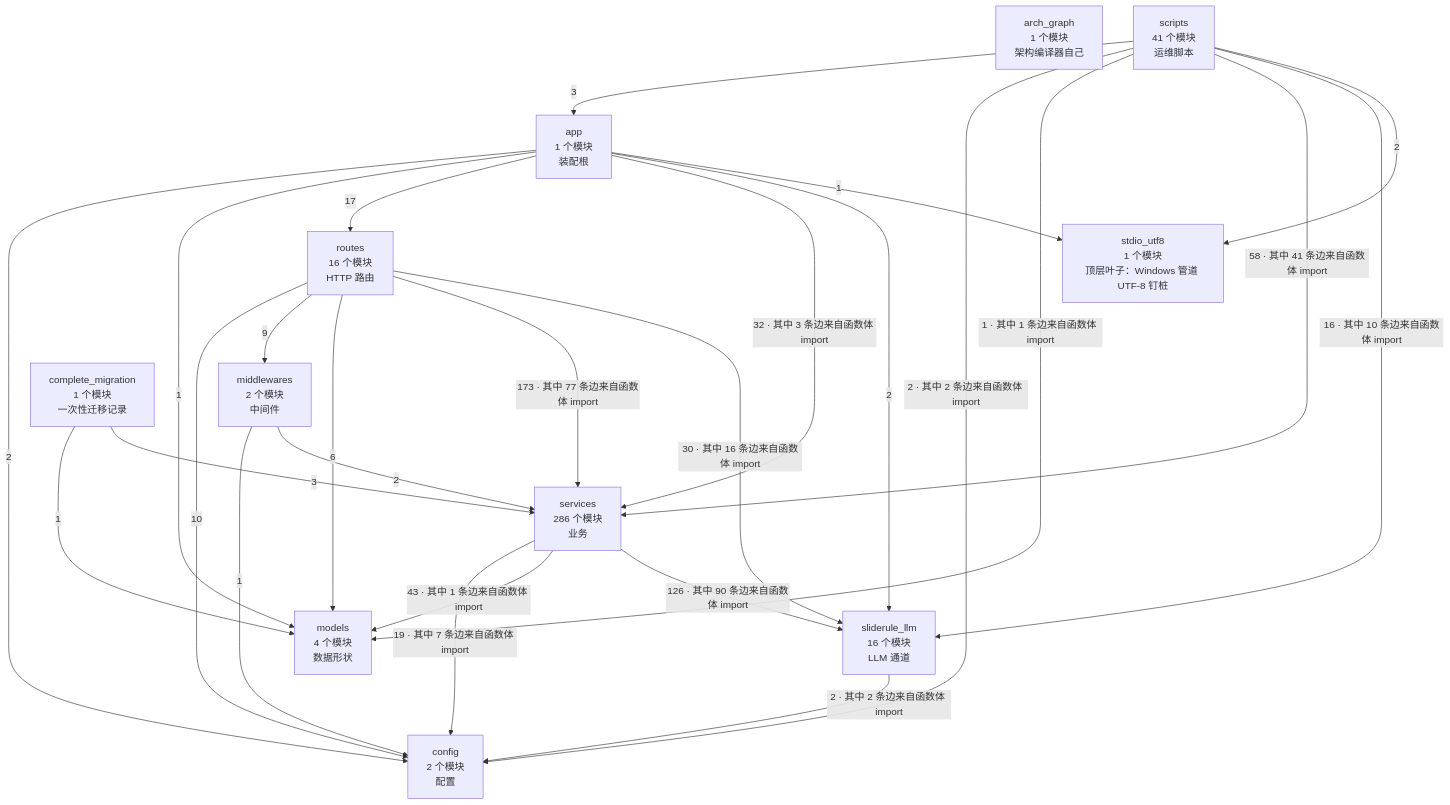
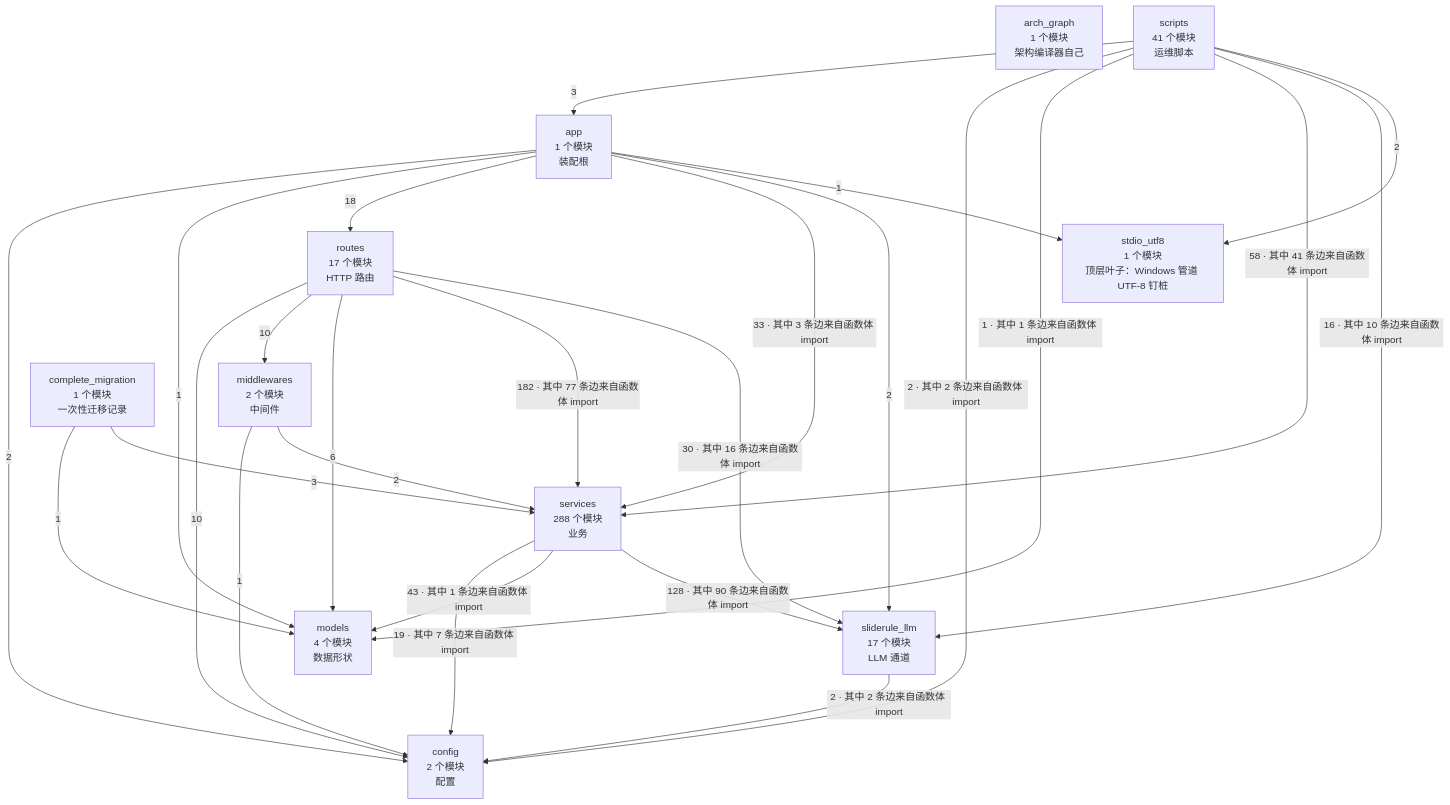
Before and after one commit to 2686521696/WhyBuddy: the second of 4 diagrams in docs/SlideRule V6.2 架构图（自动生成）.md, drawn with Mermaid. The commit also changed other lines of this file and 28 other files, not shown here.

````diff
--- a/docs/SlideRule V6.2 架构图（自动生成）.md
+++ b/docs/SlideRule V6.2 架构图（自动生成）.md
@@ -62,39 +62,39 @@
 ```mermaid
 flowchart TB
   arch_graph["arch_graph<br/>1 个模块<br/>架构编译器自己"]
   config["config<br/>2 个模块<br/>配置"]
   models["models<br/>4 个模块<br/>数据形状"]
   stdio_utf8["stdio_utf8<br/>1 个模块<br/>顶层叶子：Windows 管道 UTF-8 钉桩"]
-  sliderule_llm["sliderule_llm<br/>16 个模块<br/>LLM 通道"]
+  sliderule_llm["sliderule_llm<br/>17 个模块<br/>LLM 通道"]
   middlewares["middlewares<br/>2 个模块<br/>中间件"]
-  services["services<br/>286 个模块<br/>业务"]
-  routes["routes<br/>16 个模块<br/>HTTP 路由"]
+  services["services<br/>288 个模块<br/>业务"]
+  routes["routes<br/>17 个模块<br/>HTTP 路由"]
   app["app<br/>1 个模块<br/>装配根"]
   complete_migration["complete_migration<br/>1 个模块<br/>一次性迁移记录"]
   scripts["scripts<br/>41 个模块<br/>运维脚本"]
   app -->|2| config
   app -->|1| models
-  app -->|17| routes
-  app -->|32 · 其中 3 条边来自函数体 import| services
+  app -->|18| routes
+  app -->|33 · 其中 3 条边来自函数体 import| services
   app -->|2| sliderule_llm
   app -->|1| stdio_utf8
   complete_migration -->|1| models
   complete_migration -->|3| services
   middlewares -->|1| config
   middlewares -->|2| services
   routes -->|10| config
-  routes -->|9| middlewares
+  routes -->|10| middlewares
   routes -->|6| models
-  routes -->|173 · 其中 77 条边来自函数体 import| services
+  routes -->|182 · 其中 77 条边来自函数体 import| services
   routes -->|30 · 其中 16 条边来自函数体 import| sliderule_llm
   scripts -->|3| app
   scripts -->|2 · 其中 2 条边来自函数体 import| config
   scripts -->|1 · 其中 1 条边来自函数体 import| models
   scripts -->|58 · 其中 41 条边来自函数体 import| services
   scripts -->|16 · 其中 10 条边来自函数体 import| sliderule_llm
   scripts -->|2| stdio_utf8
   services -->|19 · 其中 7 条边来自函数体 import| config
   services -->|43 · 其中 1 条边来自函数体 import| models
-  services -->|126 · 其中 90 条边来自函数体 import| sliderule_llm
+  services -->|128 · 其中 90 条边来自函数体 import| sliderule_llm
   sliderule_llm -->|2 · 其中 2 条边来自函数体 import| config
 ```
````
